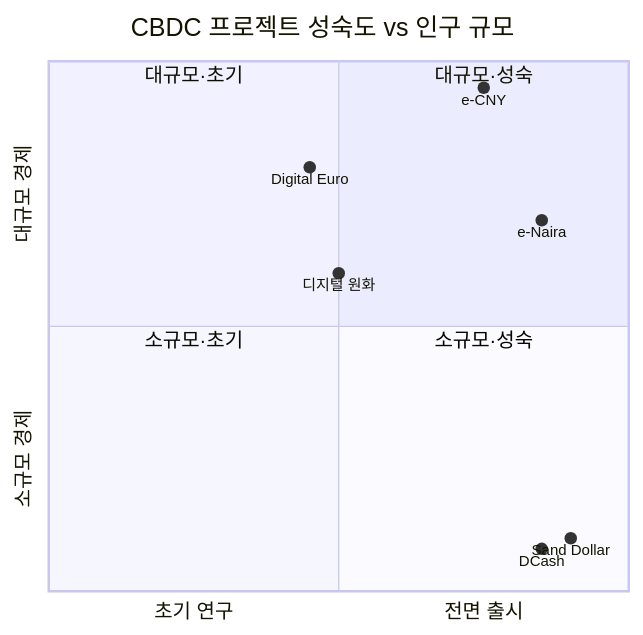
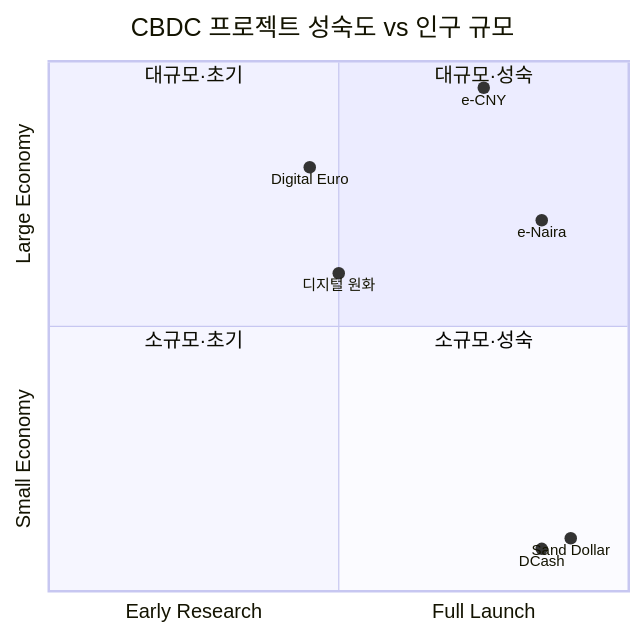
Before and after one commit to OkyoKwon/studyNresearch: the diagram in docs/domains/cbdc/products/index.md, drawn with Mermaid. The commit also changed 9 other files, not shown here.

````diff
--- a/docs/domains/cbdc/products/index.md
+++ b/docs/domains/cbdc/products/index.md
@@ -37,16 +37,16 @@
 ```mermaid
 quadrantChart
     title CBDC 프로젝트 성숙도 vs 인구 규모
-    x-axis 초기 연구 --> 전면 출시
-    y-axis 소규모 경제 --> 대규모 경제
+    x-axis Early Research --> Full Launch
+    y-axis Small Economy --> Large Economy
     quadrant-1 대규모·성숙
     quadrant-2 대규모·초기
     quadrant-3 소규모·초기
     quadrant-4 소규모·성숙
     e-CNY: [0.75, 0.95]
     Digital Euro: [0.45, 0.80]
     디지털 원화: [0.50, 0.60]
     e-Naira: [0.85, 0.70]
     Sand Dollar: [0.90, 0.10]
     DCash: [0.85, 0.08]
 ```
````
